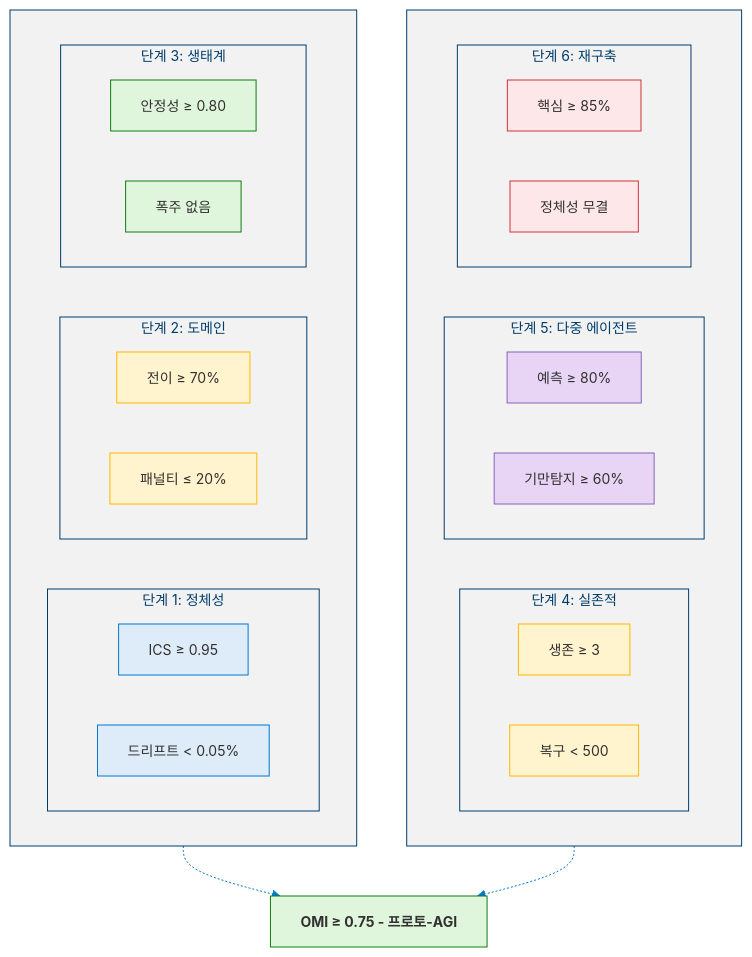
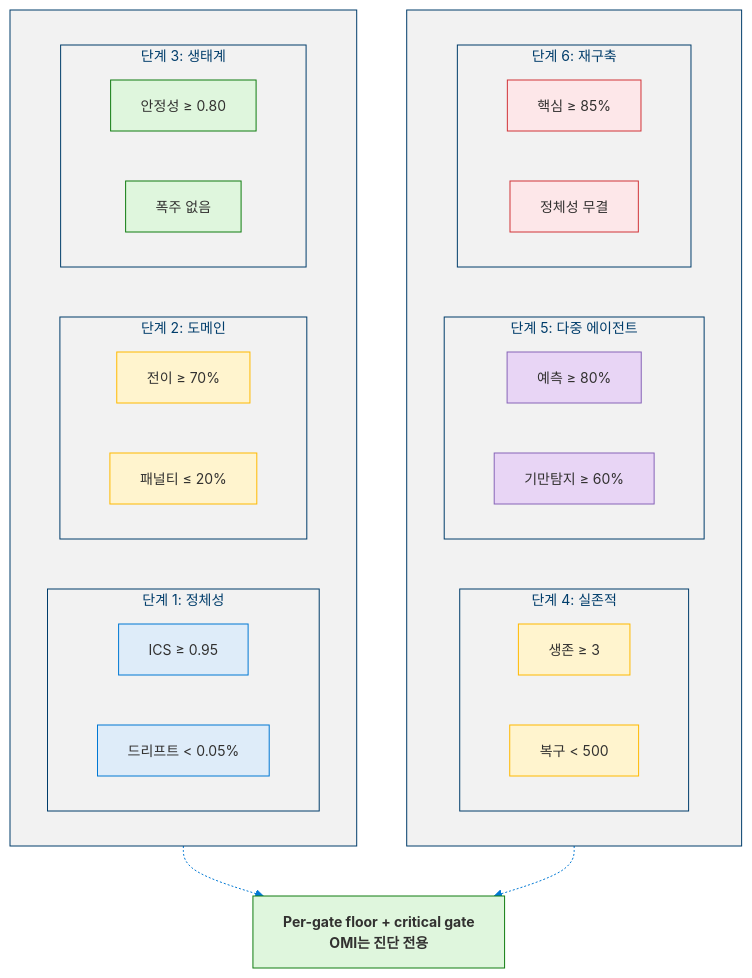
The third of 16 diagrams in docs/levels/Level_5_Proto_AGI.ko.md (dotnetpower/mscp), drawn with Mermaid before and after one commit. The commit also changed other lines of this file and 21 other files, not shown here.

````diff
--- a/docs/levels/Level_5_Proto_AGI.ko.md
+++ b/docs/levels/Level_5_Proto_AGI.ko.md
@@ -226,54 +227,54 @@
 ```mermaid
 %%{init: {'theme': 'base', 'themeVariables': {'primaryColor': '#0078D4', 'primaryTextColor': '#003D6B', 'primaryBorderColor': '#003D6B', 'secondaryColor': '#50E6FF', 'secondaryTextColor': '#323130', 'secondaryBorderColor': '#00BCF2', 'tertiaryColor': '#F2F2F2', 'tertiaryTextColor': '#323130', 'lineColor': '#0078D4', 'textColor': '#323130', 'mainBkg': '#DEECF9', 'nodeBorder': '#0078D4', 'clusterBkg': '#F2F2F2', 'clusterBorder': '#003D6B', 'titleColor': '#003D6B', 'edgeLabelBackground': '#FFFFFF', 'fontSize': '14px'}}}%%
 flowchart TB
   classDef p1 fill:#DEECF9,stroke:#0078D4,color:#323130
   classDef p2 fill:#FFF4CE,stroke:#FFB900,color:#323130
   classDef p3 fill:#DFF6DD,stroke:#107C10,color:#323130
   classDef p4 fill:#FFF4CE,stroke:#FFB900,color:#323130
   classDef p5 fill:#E8D5F5,stroke:#8764B8,color:#323130
   classDef p6 fill:#FDE7E9,stroke:#D13438,color:#323130
   classDef omi fill:#DFF6DD,stroke:#107C10,color:#323130,font-weight:bold
 
   subgraph Row1[" "]
     direction LR
     subgraph Phase1["단계 1: 정체성"]
       direction LR
       ID1["ICS ≥ 0.95"]:::p1
       ID2["드리프트 < 0.05%"]:::p1
     end
     subgraph Phase2["단계 2: 도메인"]
       direction LR
       DM1["전이 ≥ 70%"]:::p2
       DM2["패널티 ≤ 20%"]:::p2
     end
     subgraph Phase3["단계 3: 생태계"]
       direction LR
       EC1["안정성 ≥ 0.80"]:::p3
       EC2["폭주 없음"]:::p3
     end
   end
 
   subgraph Row2[" "]
     direction LR
     subgraph Phase4["단계 4: 실존적"]
       direction LR
       EX1["생존 ≥ 3"]:::p4
       EX2["복구 < 500"]:::p4
     end
     subgraph Phase5["단계 5: 다중 에이전트"]
       direction LR
       MA1["예측 ≥ 80%"]:::p5
       MA2["기만탐지 ≥ 60%"]:::p5
     end
     subgraph Phase6["단계 6: 재구축"]
       direction LR
       RE1["핵심 ≥ 85%"]:::p6
       RE2["정체성 무결"]:::p6
     end
   end
 
-  OMI["OMI ≥ 0.75 - 프로토-AGI"]:::omi
+  OMI["Per-gate floor + critical gate<br/>OMI는 진단 전용"]:::omi
 
   Row1 -.-> OMI
   Row2 -.-> OMI
 ```
````
